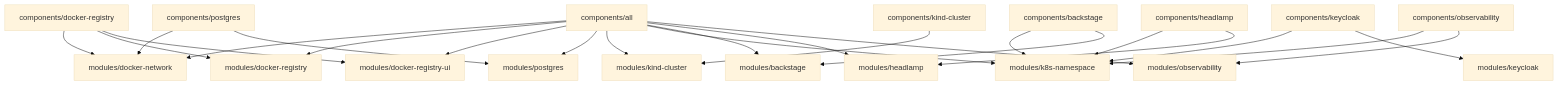
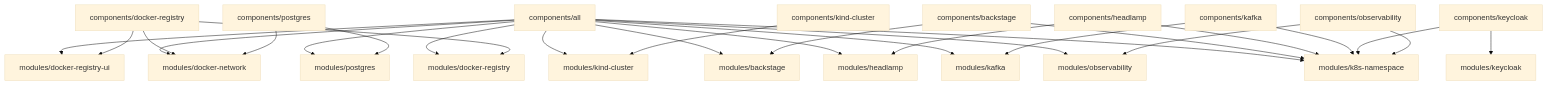
Before and after one commit to medimohammadise/elegant-infra-engine: the second of 3 diagrams in README.md, drawn with Mermaid (base theme). The commit also changed other lines of this file and 37 other files, not shown here.

````diff
--- a/README.md
+++ b/README.md
@@ -58,29 +126,32 @@
 ```mermaid
 flowchart TD
   All["components/all"] --> DockerNetwork["modules/docker-network"]
   All --> Registry["modules/docker-registry"]
   All --> RegistryUI["modules/docker-registry-ui"]
   All --> Postgres["modules/postgres"]
   All --> Kind["modules/kind-cluster"]
   All --> Namespace["modules/k8s-namespace"]
   All --> Backstage["modules/backstage"]
   All --> Headlamp["modules/headlamp"]
+  All --> Kafka["modules/kafka"]
   All --> ObservabilityModule["modules/observability"]
 
   RegistryComponent["components/docker-registry"] --> DockerNetwork
   RegistryComponent --> Registry
   RegistryComponent --> RegistryUI
 
   PostgresComponent["components/postgres"] --> DockerNetwork
   PostgresComponent --> Postgres
 
   KindComponent["components/kind-cluster"] --> Kind
   BackstageComponent["components/backstage"] --> Namespace
   BackstageComponent --> Backstage
   HeadlampComponent["components/headlamp"] --> Namespace
   HeadlampComponent --> Headlamp
+  KafkaComponent["components/kafka"] --> Namespace
+  KafkaComponent --> Kafka
   KeycloakComponent["components/keycloak"] --> Namespace
   KeycloakComponent --> KeycloakModule["modules/keycloak"]
   ObservabilityComponent["components/observability"] --> Namespace
   ObservabilityComponent --> ObservabilityModule["modules/observability"]
 ```
````
